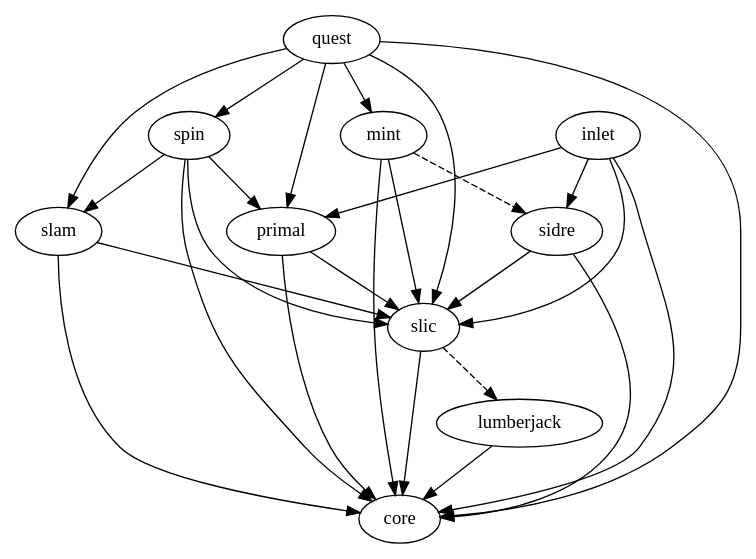
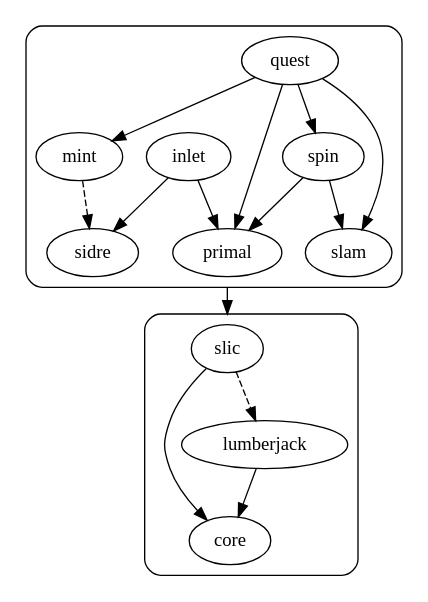
The diagram in src/docs/dependencies.dot (LLNL/axom), drawn with Graphviz before and after one commit. The commit also changed 1 other file, not shown here.

```diff
--- a/src/docs/dependencies.dot
+++ b/src/docs/dependencies.dot
@@ -1,11 +1,16 @@
 digraph dependencies {
-  quest -> {slam primal mint spin};
-  {quest slam primal mint spin} -> {slic core};
-  mint -> sidre [style="dashed"];
-  spin -> {slam primal};
-  sidre -> {slic core};
-  slic -> core;
-  slic -> lumberjack [style="dashed"];
-  lumberjack -> core;
-  inlet -> {sidre slic primal core};
+  compound=true;
+  style="rounded";
+  subgraph cluster_basic {
+    slic -> core;
+    slic -> lumberjack [style="dashed"];
+    lumberjack -> core;
+  }
+  subgraph cluster_app {
+    quest -> {slam primal mint spin};
+    mint -> sidre [style="dashed"];
+    spin -> {slam primal};
+    inlet -> {sidre primal};
+  }
+  primal -> slic [ltail=cluster_app, lhead=cluster_basic];
 }
```
